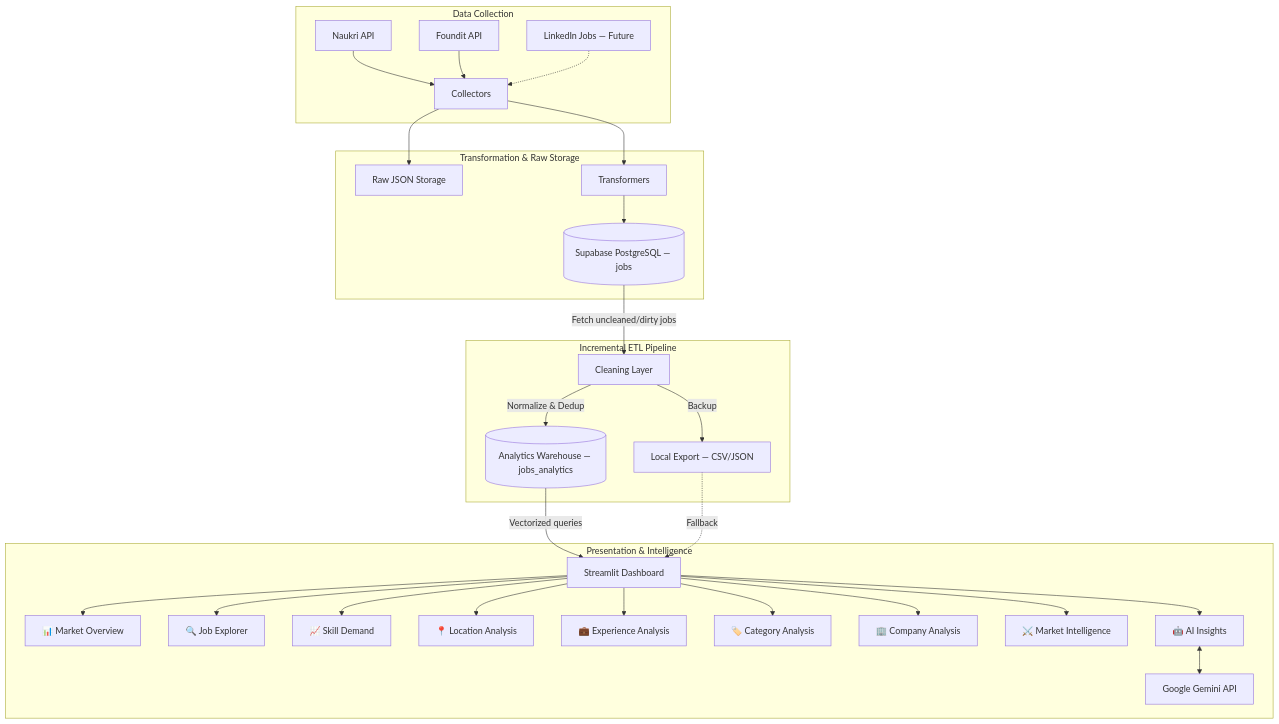
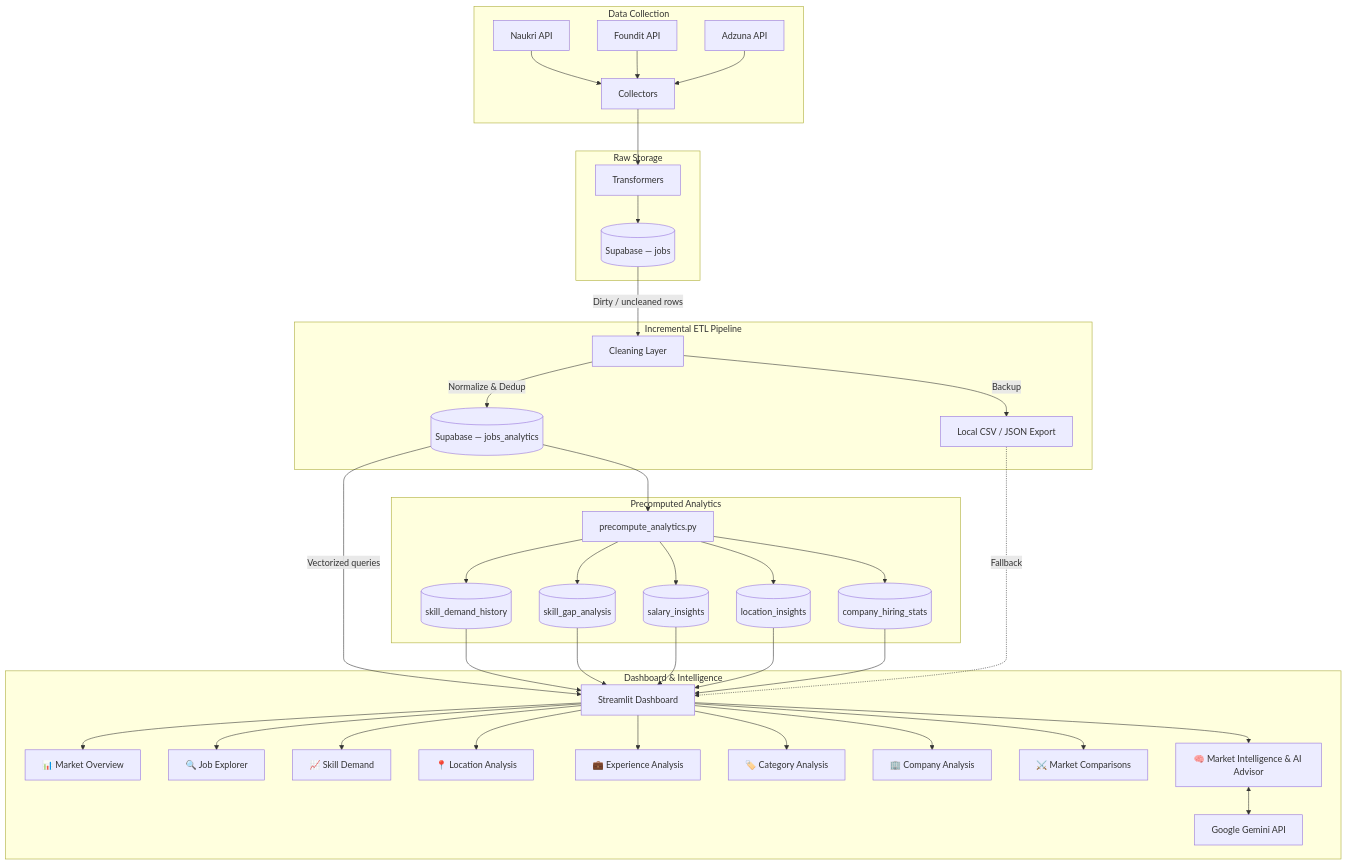
Before and after one commit to Abhishek-ygr2003/career-lens-ai: the diagram in README.md, drawn with Mermaid. The commit also changed other lines of this file, not shown here.

Commit message:
docs: update README with Phase 4 architecture — Adzuna, multi-domain pipeline, precomputed analytics, Market Intelligence dashboard, and AI Career Advisor

````diff
--- a/README.md
+++ b/README.md
@@ -184,38 +234,47 @@
 ```mermaid
 flowchart TD
 
 subgraph Data Collection
     A[Naukri API] --> D[Collectors]
     B[Foundit API] --> D
-    C[LinkedIn Jobs — Future] -.-> D
+    C[Adzuna API] --> D
 end
 
-subgraph Transformation & Raw Storage
-    D --> E[Raw JSON Storage]
+subgraph Raw Storage
     D --> F[Transformers]
-    F --> G[(Supabase PostgreSQL — jobs)]
+    F --> G[(Supabase — jobs)]
 end
 
 subgraph Incremental ETL Pipeline
-    G -- "Fetch uncleaned/dirty jobs" --> H[Cleaning Layer]
-    H -- "Normalize & Dedup" --> I[(Analytics Warehouse — jobs_analytics)]
-    H -- "Backup" --> J[Local Export — CSV/JSON]
+    G -- "Dirty / uncleaned rows" --> H[Cleaning Layer]
+    H -- "Normalize & Dedup" --> I[(Supabase — jobs_analytics)]
+    H -- "Backup" --> J[Local CSV / JSON Export]
 end
 
-subgraph Presentation & Intelligence
+subgraph Precomputed Analytics
+    I --> PA[precompute_analytics.py]
+    PA --> SD[(skill_demand_history)]
+    PA --> SG[(skill_gap_analysis)]
+    PA --> SI[(salary_insights)]
+    PA --> LI[(location_insights)]
+    PA --> CH[(company_hiring_stats)]
+end
+
+subgraph Dashboard & Intelligence
     I -- "Vectorized queries" --> K[Streamlit Dashboard]
+    SD & SG & SI & LI & CH --> K
     J -. "Fallback" .-> K
-    
+
     K --> L[📊 Market Overview]
     K --> M[🔍 Job Explorer]
     K --> N[📈 Skill Demand]
     K --> O[📍 Location Analysis]
     K --> P[💼 Experience Analysis]
     K --> Q[🏷️ Category Analysis]
     K --> R[🏢 Company Analysis]
-    K --> S[⚔️ Market Intelligence]
-    K --> T[🤖 AI Insights]
-    
+    K --> S[⚔️ Market Comparisons]
+    K --> T[🧠 Market Intelligence & AI Advisor]
+
     T <--> U[Google Gemini API]
 end
 ```
````
